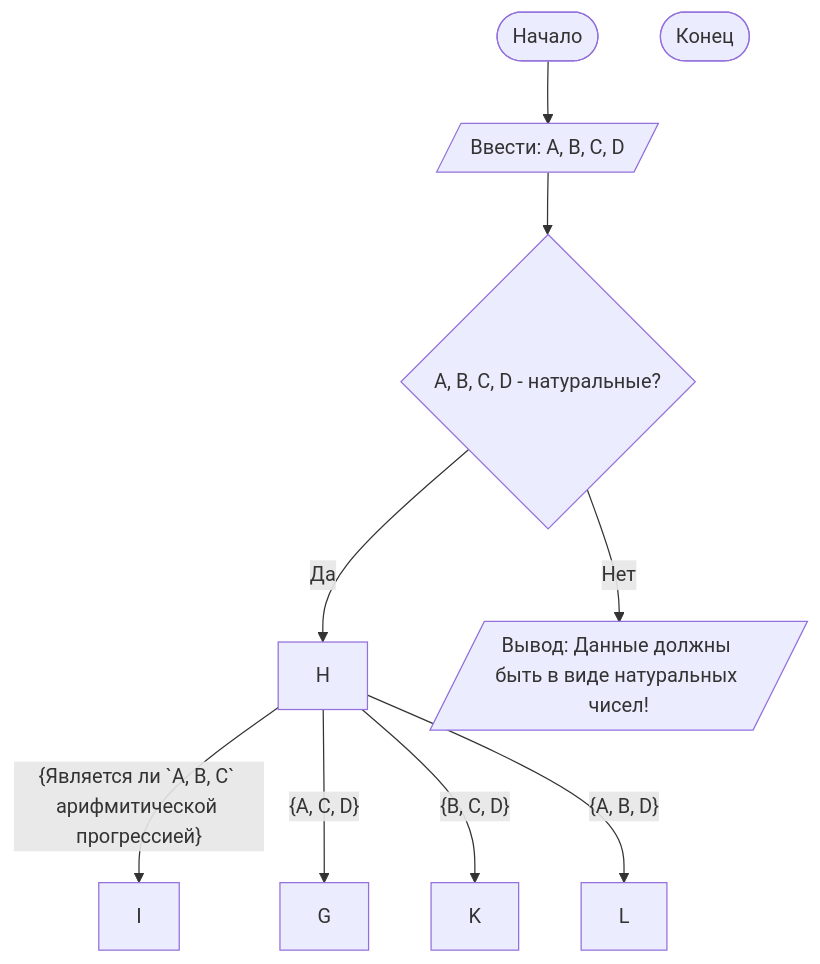
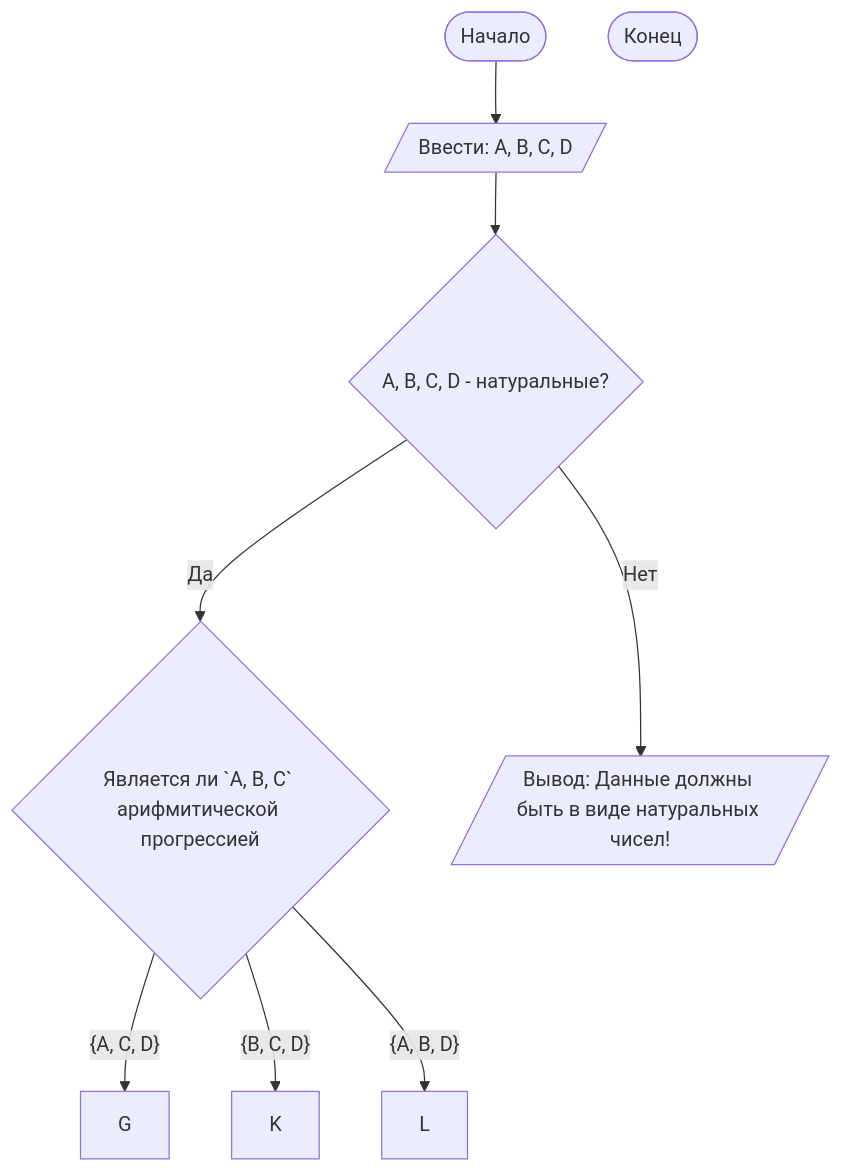
One commit to Matvey-Kh/Lab1 changed the diagram in README.md. Above: the diagram before and after it, drawn with Mermaid.

````diff
--- a/README.md
+++ b/README.md
@@ -92,15 +92,14 @@
 ```mermaid
 graph TD
     A([Начало]) --> B[/Ввести: A, B, C, D/]
     B --> C{A, B, C, D - натуральные?}
-    C -- Да --> H
+    C -- Да --> H{Является ли `A, B, C` арифмитической прогрессией}
     C -- Нет --> D[/Вывод: Данные должны быть в виде натуральных чисел!/]
-    H -- {Является ли `A, B, C` арифмитической прогрессией} --> I
     H -- {A, C, D} --> G
     H -- {B, C, D} --> K
     H -- {A, B, D} --> L
 
 
     Z([Конец])
 
 ```
````
